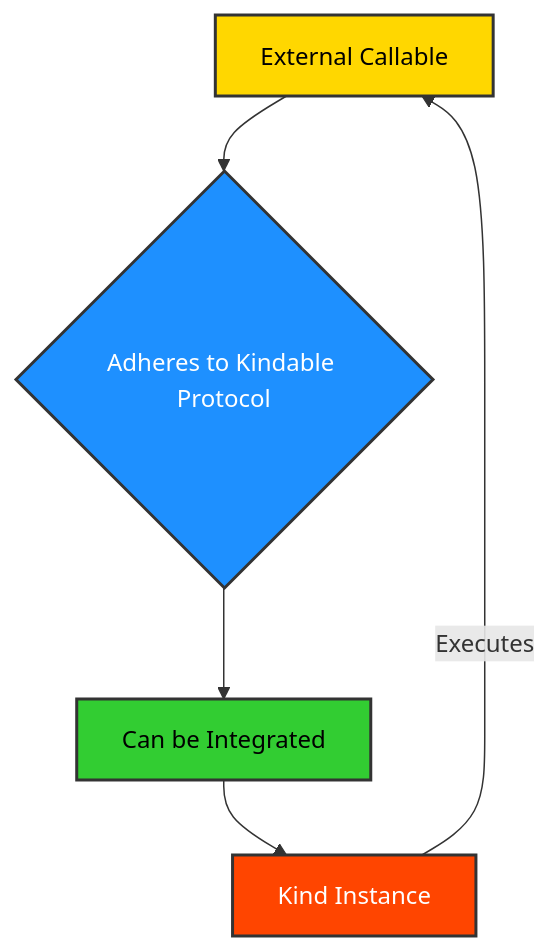
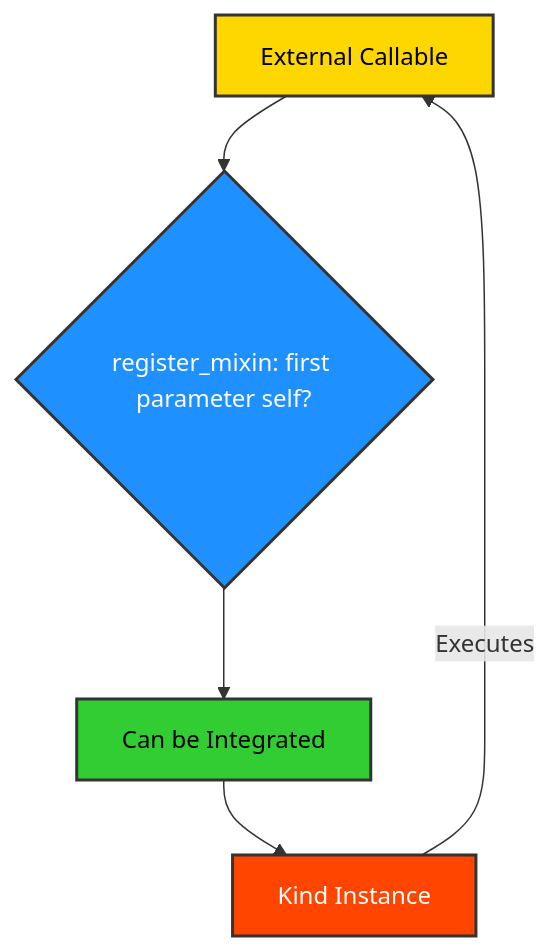
One commit to ikko/kind changed the first of 4 diagrams in docs/topics/11_extensibility/index.md. Above: the diagram before and after it, drawn with Mermaid. The commit also changed other lines of this file and 62 other files, not shown here.

````diff
--- a/docs/topics/11_extensibility/index.md
+++ b/docs/topics/11_extensibility/index.md
@@ -53,12 +47,12 @@
 ```mermaid
 graph TD
-    A[External Callable] --> B{Adheres to Kindable Protocol};
+    A[External Callable] --> B{register_mixin: first parameter self?};
     B --> C[Can be Integrated];
     C --> D[Kind Instance];
     D -- "Executes" --> A;
 
     style A fill:#FFD700,stroke:#333,stroke-width:2px,color:#000000;
     style B fill:#1E90FF,stroke:#333,stroke-width:2px,color:#FFFFFF;
     style C fill:#32CD32,stroke:#333,stroke-width:2px,color:#000000;
     style D fill:#FF4500,stroke:#333,stroke-width:2px,color:#FFFFFF;
 ```
````
